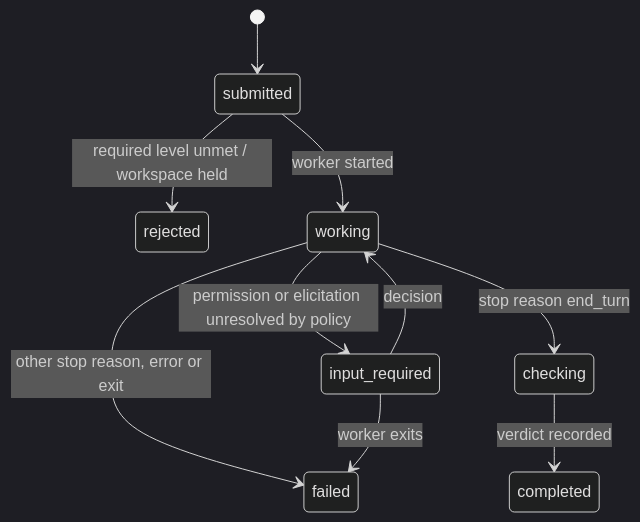
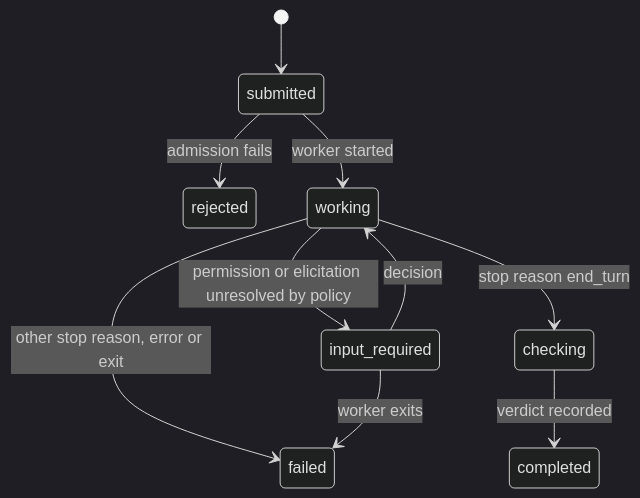
Before and after one commit to CameronBrooks11/kagu: the second of 2 diagrams in docs/spec.md, drawn with Mermaid (dark theme). The commit also changed other lines of this file and 30 other files, not shown here.

````diff
--- a/docs/spec.md
+++ b/docs/spec.md
@@ -127,12 +127,12 @@
 ```mermaid
 stateDiagram-v2
   [*] --> submitted
-  submitted --> rejected: required level unmet / workspace held
+  submitted --> rejected: admission fails
   submitted --> working: worker started
   working --> input_required: permission or elicitation unresolved by policy
   input_required --> working: decision
   working --> checking: stop reason end_turn
   working --> failed: other stop reason, error or exit
   input_required --> failed: worker exits
   checking --> completed: verdict recorded
 ```
````
